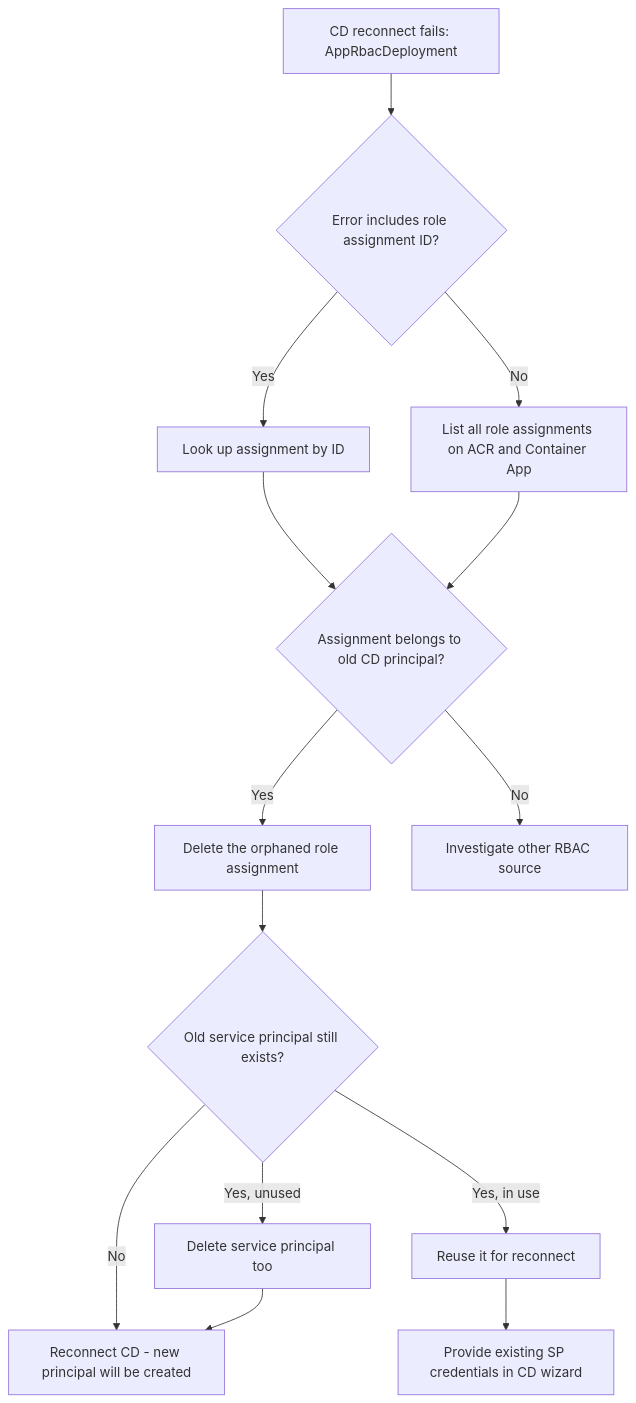
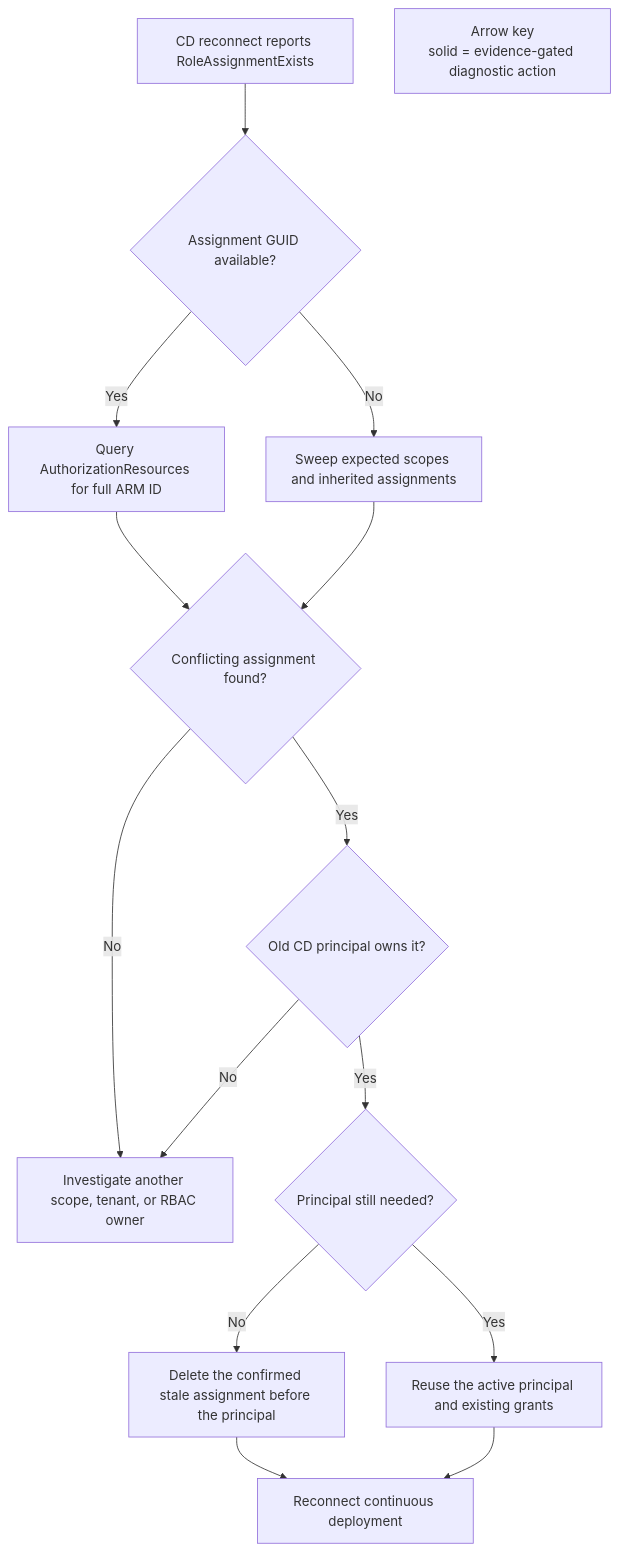
One commit to yeongseon/azure-container-apps-practical-guide changed the diagram in docs/troubleshooting/playbooks/identity-and-configuration/cd-rbac-role-assignment-conflict.md. Above: the diagram before and after it, drawn with Mermaid. The commit also changed other lines of this file and 23 other files, not shown here.

First line of the commit message:
docs(diagrams): migrate troubleshooting playbook diagrams (#626)

````diff
--- a/docs/troubleshooting/playbooks/identity-and-configuration/cd-rbac-role-assignment-conflict.md
+++ b/docs/troubleshooting/playbooks/identity-and-configuration/cd-rbac-role-assignment-conflict.md
@@ -116,16 +120,33 @@
 ```mermaid
 flowchart TD
-    A[CD reconnect fails: AppRbacDeployment] --> B{Error includes role assignment ID?}
-    B -->|Yes| C[Look up assignment by ID]
-    B -->|No| D[List all role assignments on ACR and Container App]
-    C --> E{Assignment belongs to old CD principal?}
-    D --> E
-    E -->|Yes| F[Delete the orphaned role assignment]
-    E -->|No| G[Investigate other RBAC source]
-    F --> H{Old service principal still exists?}
-    H -->|Yes, unused| I[Delete service principal too]
-    H -->|Yes, in use| J[Reuse it for reconnect]
-    H -->|No| K[Reconnect CD - new principal will be created]
-    I --> K
-    J --> L[Provide existing SP credentials in CD wizard]
+    accTitle: Diagnose a continuous deployment RBAC conflict
+    accDescr: Resolve the role assignment from its full resource ID, verify the principal and scope, and choose cleanup, reuse, or escalation without deleting an unrelated assignment.
+
+    FAILURE[CD reconnect reports RoleAssignmentExists]
+    GUID{Assignment GUID available?}
+    GRAPH[Query AuthorizationResources for full ARM ID]
+    SWEEP[Sweep expected scopes and inherited assignments]
+    FOUND{Conflicting assignment found?}
+    OWNER{Old CD principal owns it?}
+    USED{Principal still needed?}
+    DELETE[Delete the confirmed stale assignment before the principal]
+    REUSE[Reuse the active principal and existing grants]
+    ESCALATE[Investigate another scope, tenant, or RBAC owner]
+    RETRY[Reconnect continuous deployment]
+
+    FAILURE --> GUID
+    GUID -->|Yes| GRAPH
+    GUID -->|No| SWEEP
+    GRAPH --> FOUND
+    SWEEP --> FOUND
+    FOUND -->|No| ESCALATE
+    FOUND -->|Yes| OWNER
+    OWNER -->|No| ESCALATE
+    OWNER -->|Yes| USED
+    USED -->|No| DELETE
+    USED -->|Yes| REUSE
+    DELETE --> RETRY
+    REUSE --> RETRY
+
+    LEGEND["Arrow key<br/>solid = evidence-gated diagnostic action"]
 ```
````
